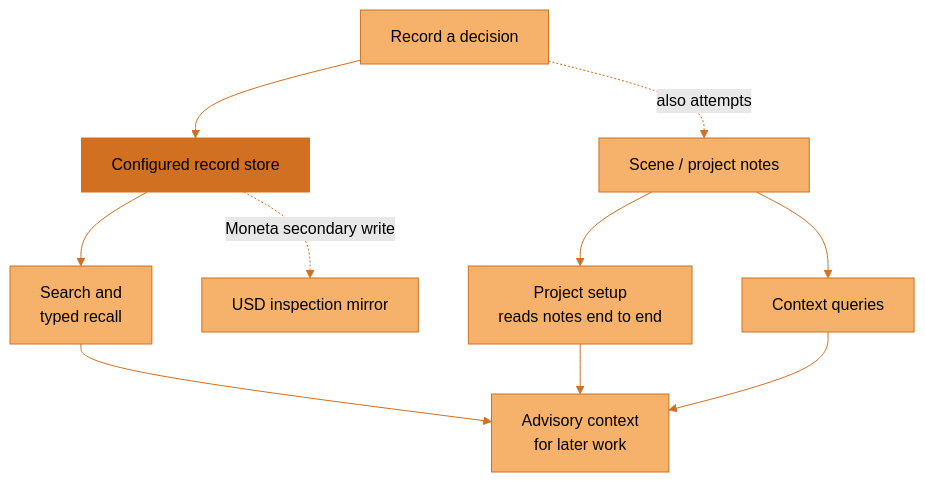
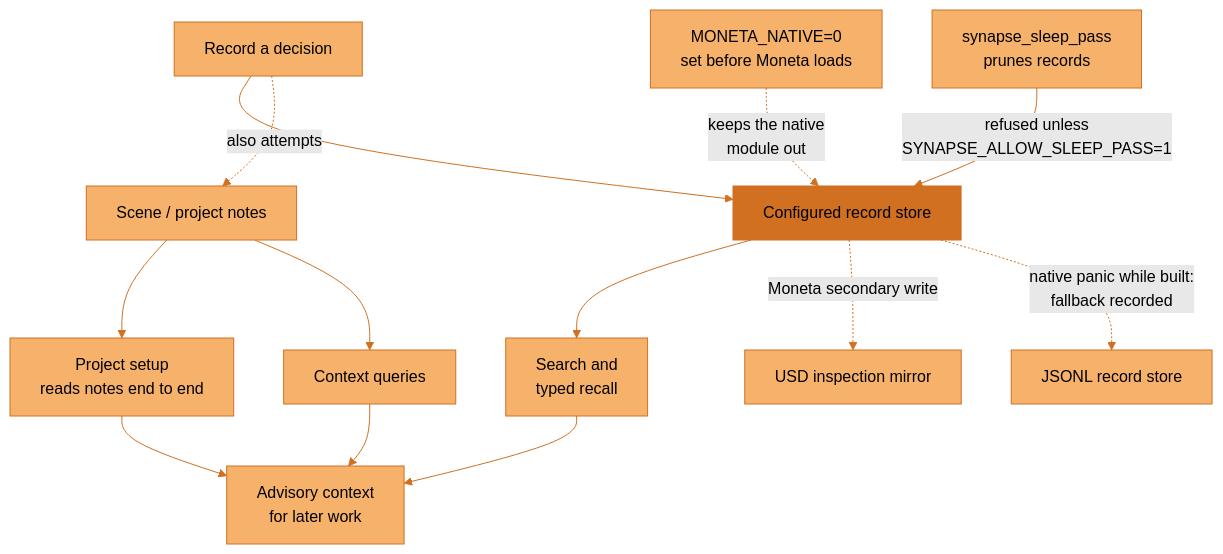
One commit to JosephOIbrahim/Synapse changed the seventh of 10 diagrams in docs/architecture/overview.md. Above: the diagram before and after it, drawn with Mermaid (forest theme). The commit also changed other lines of this file and 6 other files, not shown here.

````diff
--- a/docs/architecture/overview.md
+++ b/docs/architecture/overview.md
@@ -222,18 +222,21 @@
 ```mermaid
 flowchart TD
     accTitle: Saved decisions, notes and advisory recall
-    accDescr: A decision is written to the configured record store and may also produce a scene note. Search and recall read the record store. Project setup and context queries read the scene and project notes. Both return advisory context. Moneta can also write a USD inspection mirror, separate from the storage owner.
+    accDescr: A decision is written to the configured record store and may also produce a scene note. Search and recall read the record store. Project setup and context queries read the scene and project notes. Both return advisory context. Moneta can also write a USD inspection mirror, separate from the storage owner. MONETA_NATIVE=0 keeps Moneta's native module out of the process, and a native panic while the Moneta store is built falls back to the JSONL store with the reason recorded. The sleep pass, which prunes the record store, is refused unless SYNAPSE_ALLOW_SLEEP_PASS=1.
     D["Record a decision"] --> S["Configured record store"]
     D -.->|"also attempts"| N["Scene / project notes"]
     S --> R["Search and<br/>typed recall"]
     N --> P["Project setup<br/>reads notes end to end"]
     N --> Q["Context queries"]
     R --> C["Advisory context<br/>for later work"]
     P --> C
     Q --> C
     S -.->|"Moneta secondary write"| V["USD inspection mirror"]
+    K["MONETA_NATIVE=0<br/>set before Moneta loads"] -.->|"keeps the native<br/>module out"| S
+    S -.->|"native panic while built:<br/>fallback recorded"| J["JSONL record store"]
+    G["synapse_sleep_pass<br/>prunes records"] -->|"refused unless<br/>SYNAPSE_ALLOW_SLEEP_PASS=1"| S
     classDef default fill:#F6B26B,stroke:#D07020,color:#000000
     classDef synapse fill:#D07020,stroke:#D07020,color:#000000
     class S synapse
     linkStyle default stroke:#D07020
 ```
````
